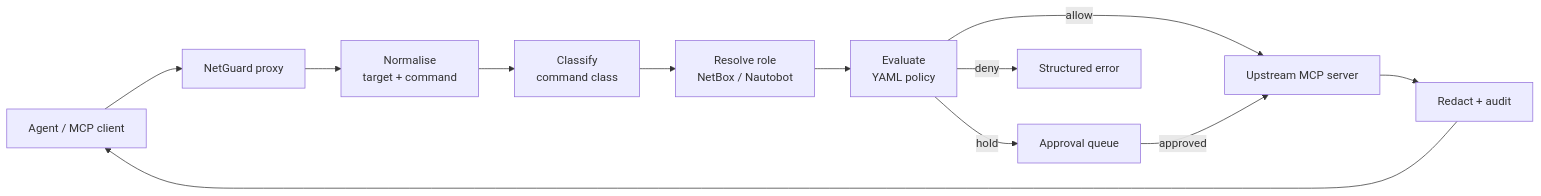
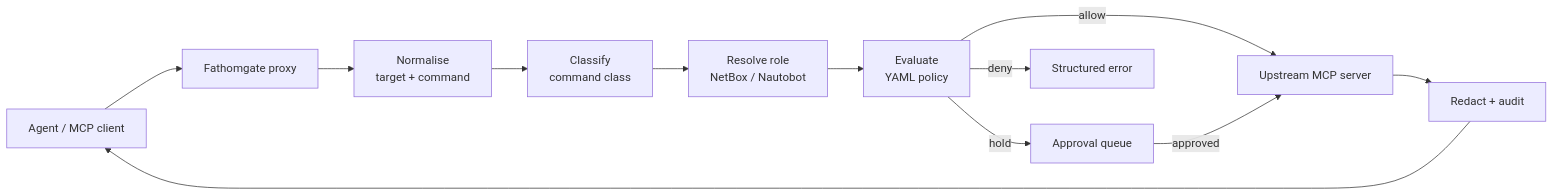
The first of 2 diagrams in docs/PLAN.md (fathomgate/fathomgate), drawn with Mermaid before and after one commit. The commit also changed other lines of this file and 54 other files, not shown here.

First line of the commit message:
docs: rename NetGuard to Fathomgate in docs, design and agents (ADR 0019, T0.49)

````diff
--- a/docs/PLAN.md
+++ b/docs/PLAN.md
@@ -79,13 +79,13 @@
 ```mermaid
 flowchart LR
-  A[Agent / MCP client] --> P[NetGuard proxy]
+  A[Agent / MCP client] --> P[Fathomgate proxy]
   P --> N[Normalise<br/>target + command]
   N --> C[Classify<br/>command class]
   C --> R[Resolve role<br/>NetBox / Nautobot]
   R --> E[Evaluate<br/>YAML policy]
   E -->|allow| U[Upstream MCP server]
   E -->|hold| H[Approval queue]
   E -->|deny| D[Structured error]
   H -->|approved| U
   U --> X[Redact + audit] --> A
 ```
````
